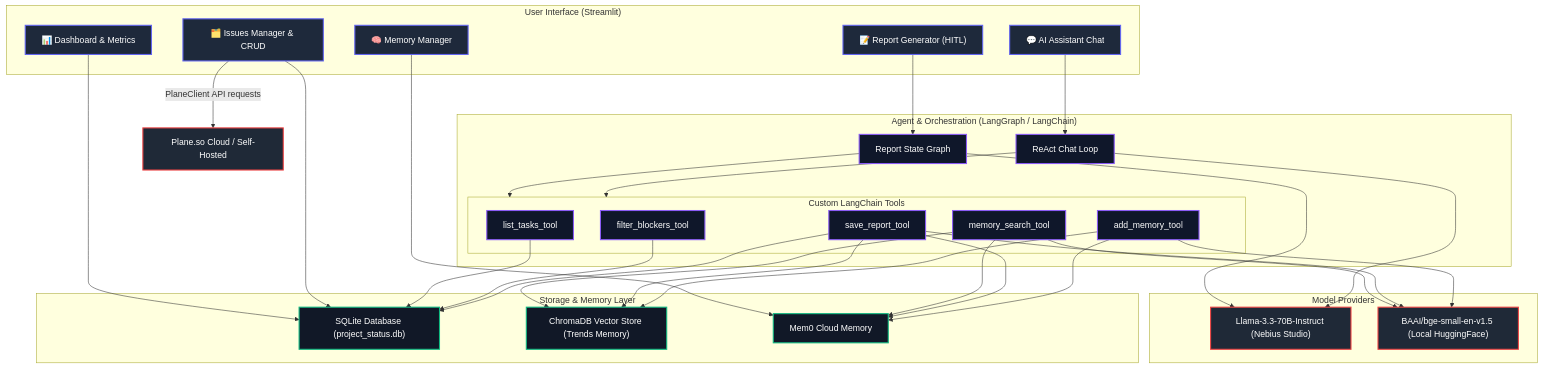
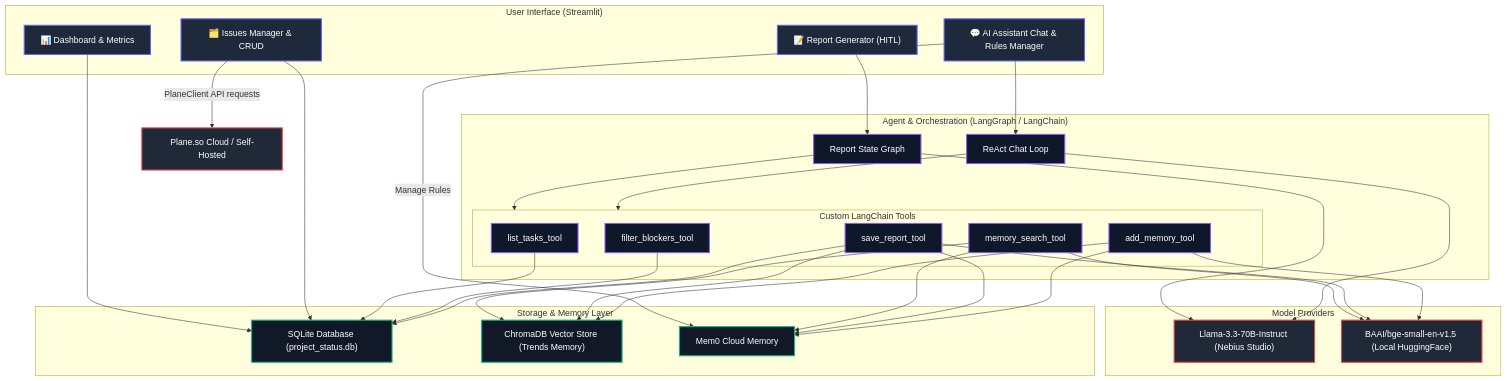
Before and after one commit to satsraja12-eng/project-status-agent: the diagram in architecture.md, drawn with Mermaid. The commit also changed 1 other file, not shown here.

Commit message:
docs: reframe Memory Manager inside AI Assistant Chat in architecture document

````diff
--- a/architecture.md
+++ b/architecture.md
@@ -31,69 +31,68 @@
 ```mermaid
 graph TD
     classDef ui fill:#1E293B,stroke:#6366F1,stroke-width:2px,color:#FFF;
     classDef engine fill:#0F172A,stroke:#8B5CF6,stroke-width:2px,color:#FFF;
     classDef storage fill:#111827,stroke:#10B981,stroke-width:2px,color:#FFF;
     classDef api fill:#1F2937,stroke:#EF4444,stroke-width:2px,color:#FFF;
 
     subgraph UI ["User Interface (Streamlit)"]
         Dashboard["📊 Dashboard & Metrics"]:::ui
         IssuesManager["🗂️ Issues Manager & CRUD"]:::ui
         ReportGenerator["📝 Report Generator (HITL)"]:::ui
-        Chatbot["💬 AI Assistant Chat"]:::ui
-        MemoryManager["🧠 Memory Manager"]:::ui
+        Chatbot["💬 AI Assistant Chat & Rules Manager"]:::ui
     end
 
     subgraph AgentEngine ["Agent & Orchestration (LangGraph / LangChain)"]
         ReportGraph["Report State Graph"]:::engine
         ChatLoop["ReAct Chat Loop"]:::engine
         
         subgraph Tools ["Custom LangChain Tools"]
             ListTasks["list_tasks_tool"]:::engine
             FilterBlockers["filter_blockers_tool"]:::engine
             MemorySearch["memory_search_tool"]:::engine
             SaveReport["save_report_tool"]:::engine
             AddMemory["add_memory_tool"]:::engine
         end
     end
 
     subgraph Models ["Model Providers"]
         Llama["Llama-3.3-70B-Instruct (Nebius Studio)"]:::api
         BGE["BAAI/bge-small-en-v1.5 (Local HuggingFace)"]:::api
     end
 
     subgraph Storage ["Storage & Memory Layer"]
         SQLite["SQLite Database (project_status.db)"]:::storage
         Chroma["ChromaDB Vector Store (Trends Memory)"]:::storage
         Mem0["Mem0 Cloud Memory"]:::storage
     end
 
     %% UI Connections
     Dashboard --> SQLite
     IssuesManager --> SQLite
     IssuesManager -- "PlaneClient API requests" --> PlaneAPI["Plane.so Cloud / Self-Hosted"]:::api
     ReportGenerator --> ReportGraph
     Chatbot --> ChatLoop
-    MemoryManager --> Mem0
+    Chatbot -- "Manage Rules" --> Mem0
 
     %% Graph Connections
     ReportGraph --> Tools
     ChatLoop --> Tools
     
     %% Tool Connections
     ListTasks --> SQLite
     FilterBlockers --> SQLite
     MemorySearch --> Chroma
     MemorySearch --> Mem0
     SaveReport --> SQLite
     SaveReport --> Chroma
     SaveReport --> Mem0
     AddMemory --> Chroma
     AddMemory --> Mem0
 
     %% Model Connections
     ReportGraph --> Llama
     ChatLoop --> Llama
     MemorySearch --> BGE
     SaveReport --> BGE
     AddMemory --> BGE
 ```
````
